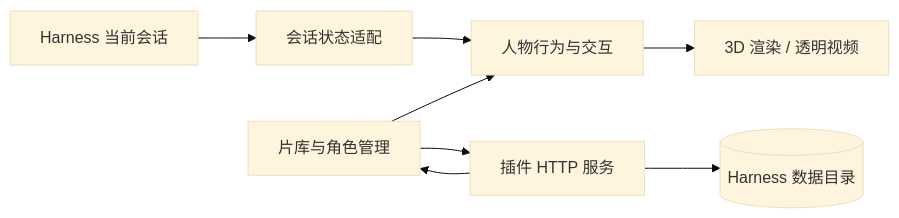
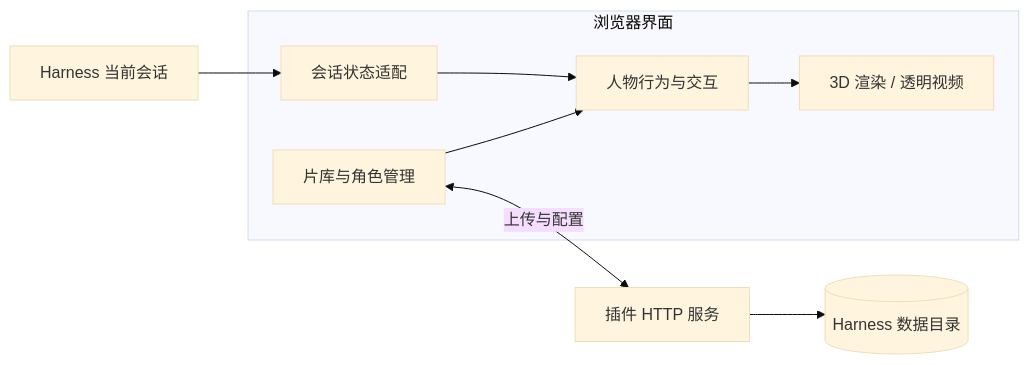
The diagram in README.md (AngkinV/Harness--docket), drawn with Mermaid (base theme) before and after one commit. The commit also changed other lines of this file, not shown here.

````diff
--- a/README.md
+++ b/README.md
@@ -158,10 +182,11 @@
 ```mermaid
 flowchart LR
-    Session[Harness 当前会话] --> State[会话状态适配]
-    State --> Companion[人物行为与交互]
-    Companion --> Visual[3D 渲染 / 透明视频]
-    Panels[片库与角色管理] --> Host[插件 HTTP 服务]
-    Host --> Storage[(Harness 数据目录)]
-    Host --> Panels
-    Panels --> Companion
+    Session["Harness 当前会话"] --> State["会话状态适配"]
+    subgraph Client["浏览器界面"]
+        State --> Companion["人物行为与交互"]
+        Companion --> Visual["3D 渲染 / 透明视频"]
+        Panels["片库与角色管理"] --> Companion
+    end
+    Panels <-->|"上传与配置"| Host["插件 HTTP 服务"]
+    Host --> Storage[("Harness 数据目录")]
 ```
````
